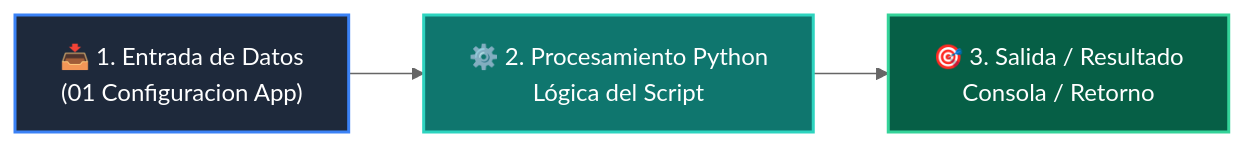
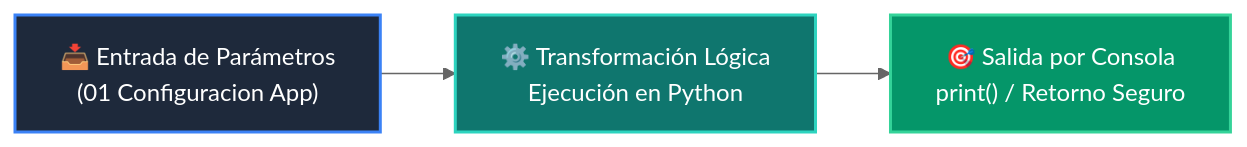
Before and after one commit to wisrovi/wisrovi-python: the diagram in 04-proyecto-final/clase-01-arquitectura-y-planificacion/ejemplos/ejemplo_01_configuracion_app/README.md, drawn with Mermaid (neutral theme). The commit also changed other lines of this file and 226 other files, not shown here.

Commit message:
docs: elevate all repository READMEs to world-class mastery standard with rich pedagogical architecture, custom Mermaids, and professional styling

````diff
--- a/04-proyecto-final/clase-01-arquitectura-y-planificacion/ejemplos/ejemplo_01_configuracion_app/README.md
+++ b/04-proyecto-final/clase-01-arquitectura-y-planificacion/ejemplos/ejemplo_01_configuracion_app/README.md
@@ -12,9 +19,9 @@
 ```mermaid
 flowchart LR
-    A["📥 1. Entrada de Datos<br/>(01 Configuracion App)"] --> B["⚙️ 2. Procesamiento Python<br/>Lógica del Script"]
-    B --> C["🎯 3. Salida / Resultado<br/>Consola / Retorno"]
+    A["📥 Entrada de Parámetros<br/>(01 Configuracion App)"] --> B["⚙️ Transformación Lógica<br/>Ejecución en Python"]
+    B --> C["🎯 Salida por Consola<br/>print() / Retorno Seguro"]
 
-    style A fill:#1e293b,color:#fff,stroke:#3b82f6,stroke-width:2px
-    style B fill:#0f766e,color:#fff,stroke:#2dd4bf,stroke-width:2px
-    style C fill:#065f46,color:#fff,stroke:#34d399,stroke-width:2px
+    style A fill:#1e293b,color:#ffffff,stroke:#3b82f6,stroke-width:2px
+    style B fill:#0f766e,color:#ffffff,stroke:#2dd4bf,stroke-width:2px
+    style C fill:#059669,color:#ffffff,stroke:#34d399,stroke-width:2px
 ```
````
